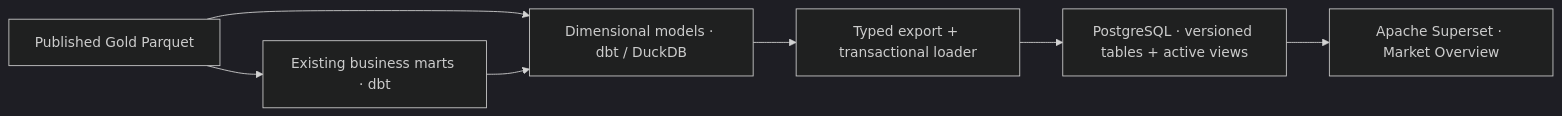
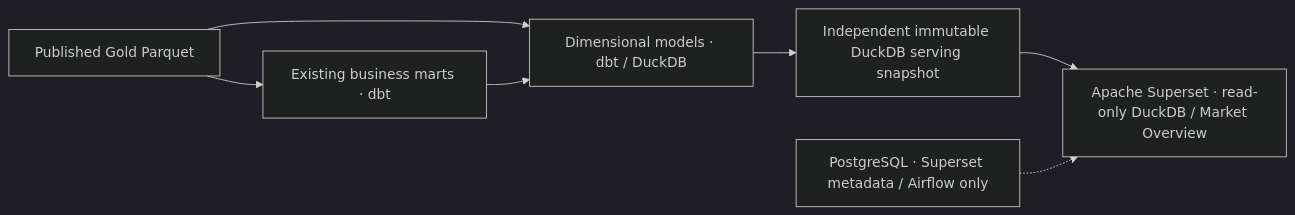
The diagram in README.md (hoamgh/fnb-data-platform), drawn with Mermaid (dark theme) before and after one commit. The commit also changed other lines of this file and 63 other files, not shown here.

````diff
--- a/README.md
+++ b/README.md
@@ -7,9 +7,9 @@
 ```mermaid
 flowchart LR
     A["Published Gold Parquet"] --> M["Existing business marts · dbt"]
     A --> D["Dimensional models · dbt / DuckDB"]
     M --> D
-    D --> L["Typed export + transactional loader"]
-    L --> P["PostgreSQL · versioned tables + active views"]
-    P --> S["Apache Superset · Market Overview"]
+    D --> L["Independent immutable DuckDB serving snapshot"]
+    L --> S["Apache Superset · read-only DuckDB / Market Overview"]
+    P["PostgreSQL · Superset metadata / Airflow only"] -.-> S
 ```
````
